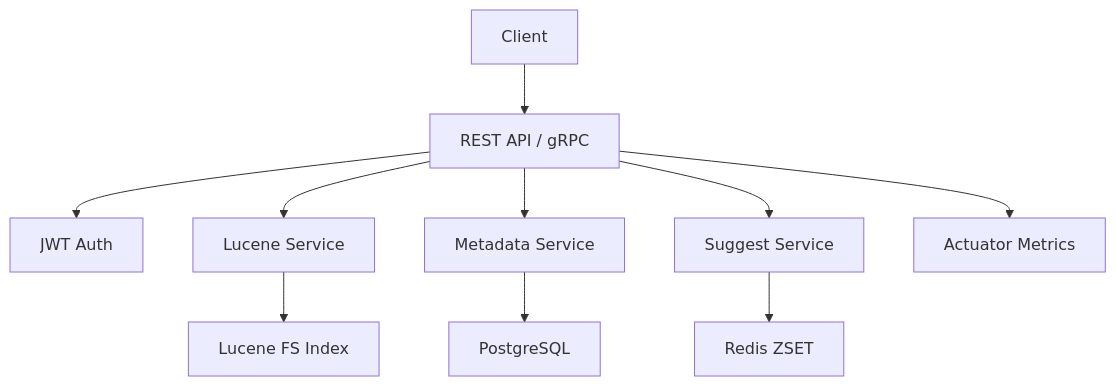
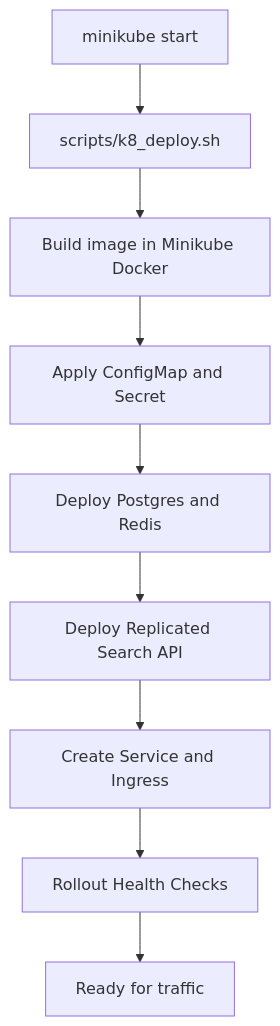
One commit to arup-chauhan/Replicated-Search-and-Indexing-System changed the fourth of 4 diagrams in README.md. Above: the diagram before and after it, drawn with Mermaid. The commit also changed other lines of this file and 32 other files, not shown here.

Commit message:
refactor: enforce modular architecture and normalize project artifacts

````diff
--- a/README.md
+++ b/README.md
@@ -77,14 +294,11 @@
 ```mermaid
 flowchart TD
-    A[Client] --> B[REST API / gRPC]
-    B --> C[JWT Auth]
-    B --> D[Lucene Service]
-    B --> E[Metadata Service]
-    B --> F[Suggest Service]
-
-    D --> G[Lucene FS Index]
-    E --> H[PostgreSQL]
-    F --> I[Redis ZSET]
-
-    B --> J[Actuator Metrics]
+    A[minikube start] --> B[scripts/k8_deploy.sh]
+    B --> C[Build image in Minikube Docker]
+    C --> D[Apply ConfigMap and Secret]
+    D --> E[Deploy Postgres and Redis]
+    E --> F[Deploy Replicated Search API]
+    F --> G[Create Service and Ingress]
+    G --> H[Rollout Health Checks]
+    H --> I[Ready for traffic]
 ```
````
